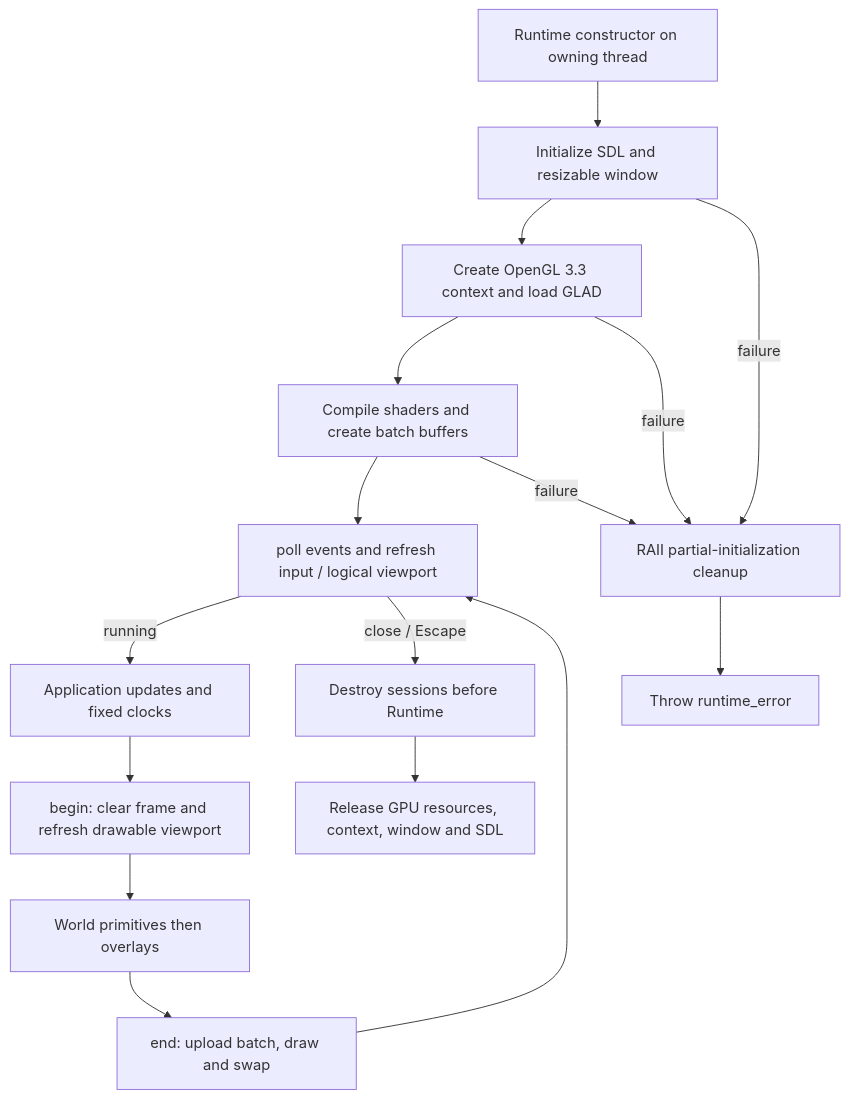
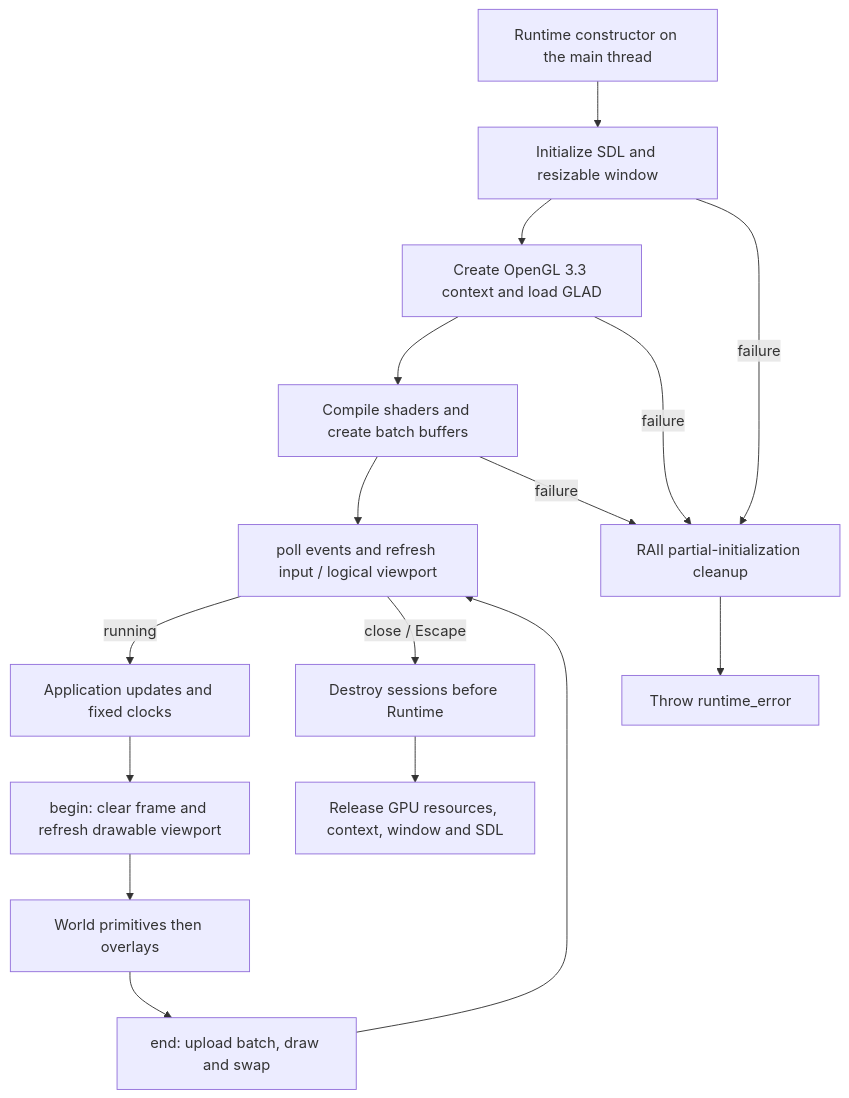
Before and after one commit to SMB-M87/Kinetra: the diagram in docs/engine/runtime.md, drawn with Mermaid. The commit also changed other lines of this file and 7 other files, not shown here.

````diff
--- a/docs/engine/runtime.md
+++ b/docs/engine/runtime.md
@@ -17,18 +17,18 @@
 ```mermaid
 flowchart TD
-    Construct[Runtime constructor on owning thread] --> SDL[Initialize SDL and resizable window]
+    Construct[Runtime constructor on the main thread] --> SDL[Initialize SDL and resizable window]
     SDL --> GL[Create OpenGL 3.3 context and load GLAD]
     GL --> GPU[Compile shaders and create batch buffers]
     GPU --> Poll[poll events and refresh input / logical viewport]
     Poll -->|running| Update[Application updates and fixed clocks]
     Update --> Begin[begin: clear frame and refresh drawable viewport]
     Begin --> Draw[World primitives then overlays]
     Draw --> End[end: upload batch, draw and swap]
     End --> Poll
     Poll -->|close / Escape| Destroy[Destroy sessions before Runtime]
     SDL -->|failure| Cleanup[RAII partial-initialization cleanup]
     GL -->|failure| Cleanup
     GPU -->|failure| Cleanup
     Cleanup --> Error[Throw runtime_error]
     Destroy --> Release[Release GPU resources, context, window and SDL]
 ```
````
